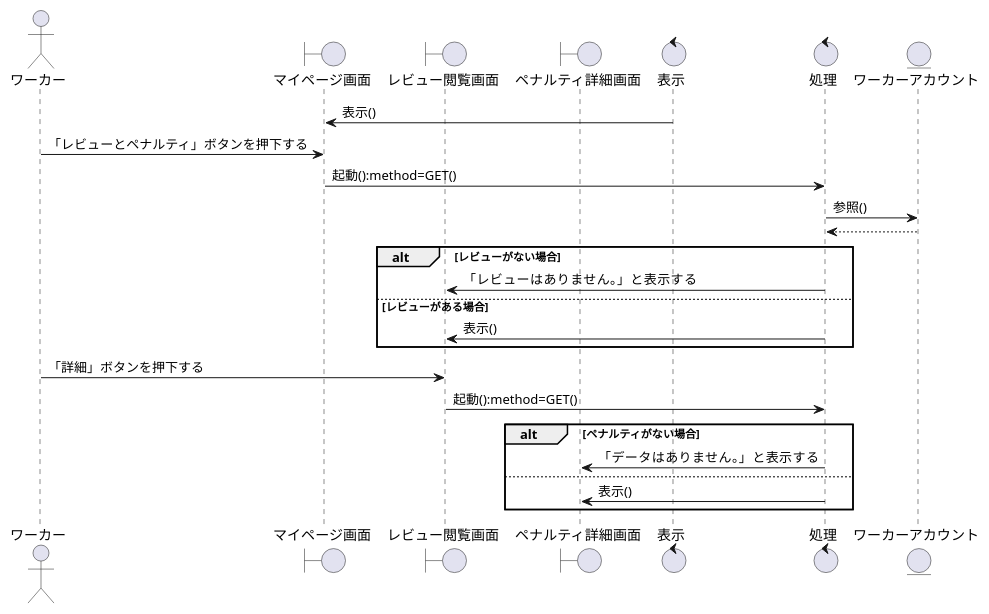
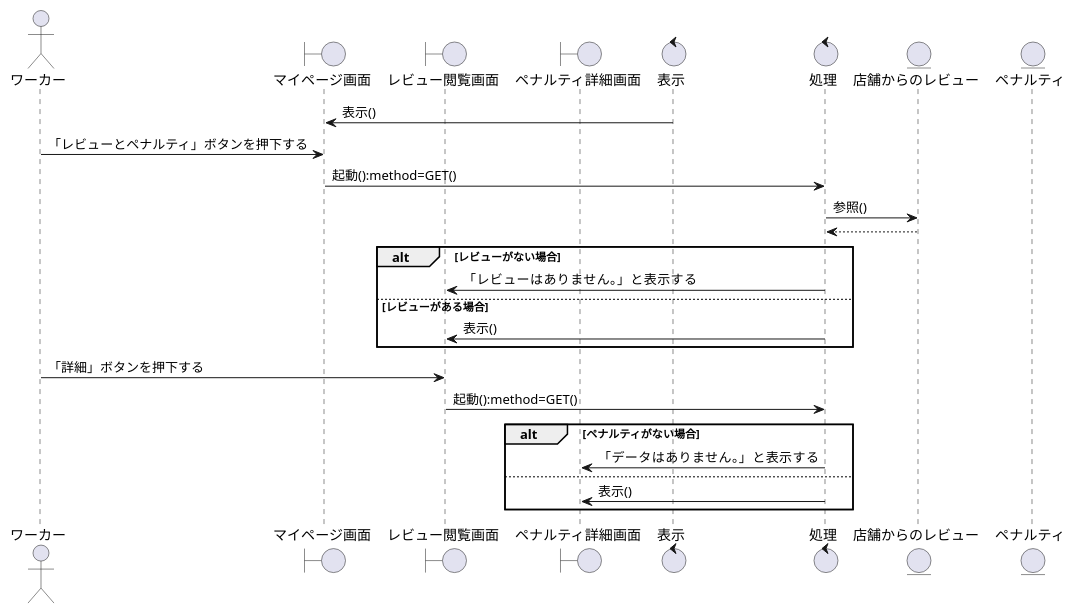
Before and after one commit to irukacb256/high_Me: the diagram in sequence_fig/7_acconts_fn/07_レビューとペナルティを閲覧する.pu, drawn with PlantUML. The commit also changed 39 other files, not shown here.

```diff
--- a/sequence_fig/7_acconts_fn/07_レビューとペナルティを閲覧する.pu
+++ b/sequence_fig/7_acconts_fn/07_レビューとペナルティを閲覧する.pu
@@ -1,39 +1,40 @@
 @startuml レビューとペナルティを閲覧する
 
 actor ワーカー as wo1
 
 boundary マイページ画面 as bo1
 boundary レビュー閲覧画面 as bo2
 boundary ペナルティ詳細画面 as bo3
 
 control 表示 as co1
 control 処理 as co2
 
-entity ワーカーアカウント as en1
+entity 店舗からのレビュー as en1
+entity ペナルティ as en2
 
 co1 -> bo1:表示()
 wo1 -> bo1:「レビューとペナルティ」ボタンを押下する
 bo1 -> co2:起動():method=GET()
 co2 -> en1:参照()
 en1 --> co2
 
 alt レビューがない場合
     co2 -> bo2:「レビューはありません。」と表示する
 
 else レビューがある場合
     co2 -> bo2:表示()
 
 end
 
 wo1 -> bo2:「詳細」ボタンを押下する
 bo2 -> co2:起動():method=GET()
 
 alt ペナルティがない場合
     co2 -> bo3:「データはありません。」と表示する
 
 else
     co2 -> bo3:表示()
     
 end
 
 @enduml
```
